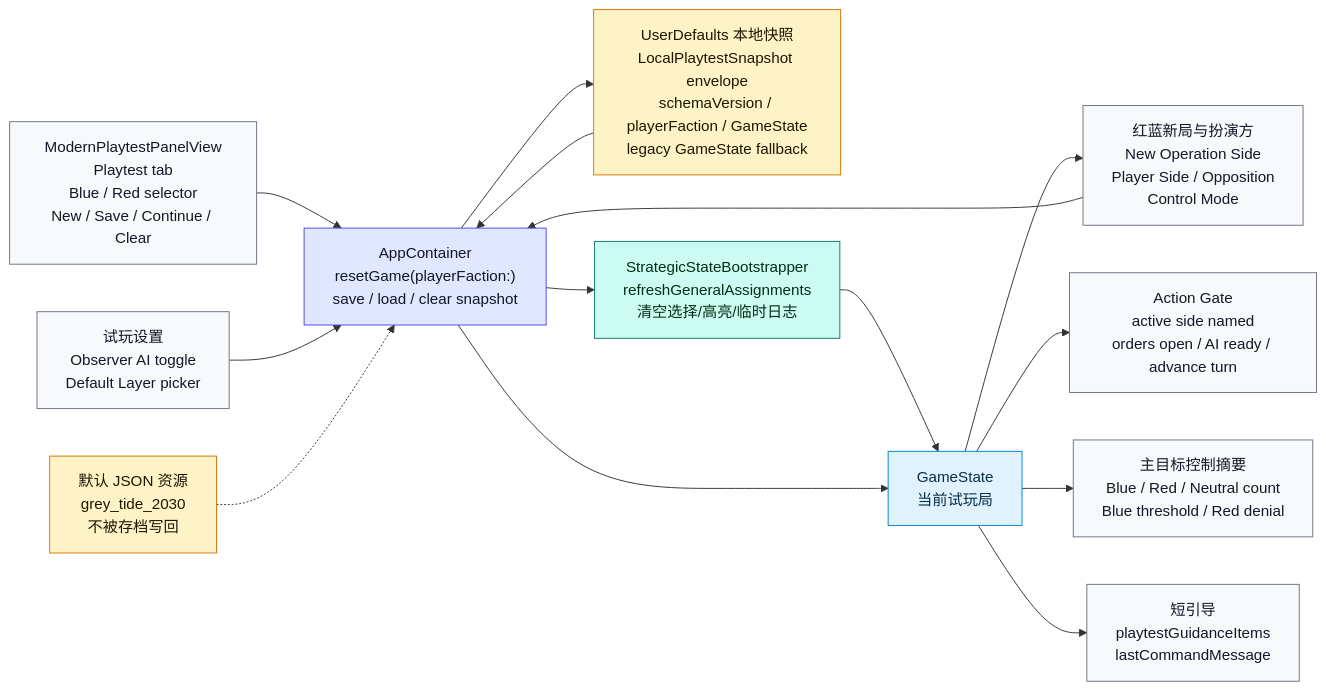
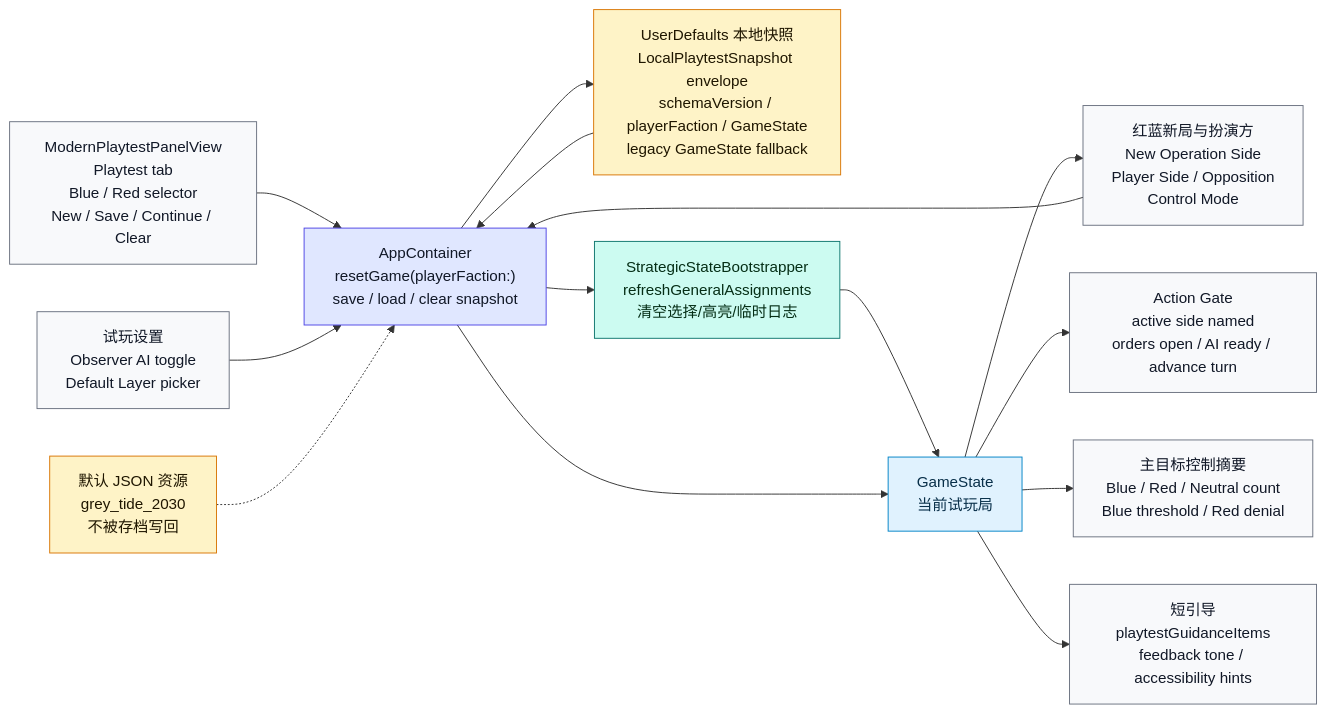
Diagram 11 of 20 in md/flow/flowchart.md (Altman-sam114/127), drawn with Mermaid before and after one commit. The commit also changed other lines of this file and 8 other files, not shown here.

Commit message:
fix: clarify playtest feedback state

````diff
--- a/md/flow/flowchart.md
+++ b/md/flow/flowchart.md
@@ -323,32 +323,32 @@
 ```mermaid
 flowchart LR
     UI["ModernPlaytestPanelView<br/>Playtest tab<br/>Blue / Red selector<br/>New / Save / Continue / Clear"]:::display
     SETTINGS["试玩设置<br/>Observer AI toggle<br/>Default Layer picker"]:::display
     ROLE["红蓝新局与扮演方<br/>New Operation Side<br/>Player Side / Opposition<br/>Control Mode"]:::display
     GATE["Action Gate<br/>active side named<br/>orders open / AI ready / advance turn"]:::display
     OBJECTIVE["主目标控制摘要<br/>Blue / Red / Neutral count<br/>Blue threshold / Red denial"]:::display
-    GUIDE["短引导<br/>playtestGuidanceItems<br/>lastCommandMessage"]:::display
+    GUIDE["短引导<br/>playtestGuidanceItems<br/>feedback tone / accessibility hints"]:::display
     APP["AppContainer<br/>resetGame(playerFaction:)<br/>save / load / clear snapshot"]:::app
     SNAP["UserDefaults 本地快照<br/>LocalPlaytestSnapshot envelope<br/>schemaVersion / playerFaction / GameState<br/>legacy GameState fallback"]:::data
     BOOT["StrategicStateBootstrapper<br/>refreshGeneralAssignments<br/>清空选择/高亮/临时日志"]:::rules
     STATE["GameState<br/>当前试玩局"]:::state
     RES["默认 JSON 资源<br/>grey_tide_2030<br/>不被存档写回"]:::data
 
     UI --> APP
     SETTINGS --> APP
     ROLE --> APP
     STATE --> ROLE
     STATE --> GATE
     STATE --> OBJECTIVE
     STATE --> GUIDE
     APP --> SNAP
     SNAP --> APP --> BOOT --> STATE
     APP --> STATE
     RES -.-> APP
 
     classDef display fill:#f8f9fb,stroke:#6b7280,color:#111827
     classDef app fill:#e0e7ff,stroke:#4f46e5,color:#111827
     classDef data fill:#fef3c7,stroke:#d97706,color:#1f1600
     classDef rules fill:#ccfbf1,stroke:#0f766e,color:#052e16
     classDef state fill:#e0f2fe,stroke:#0284c7,color:#082f49
 ```
````
